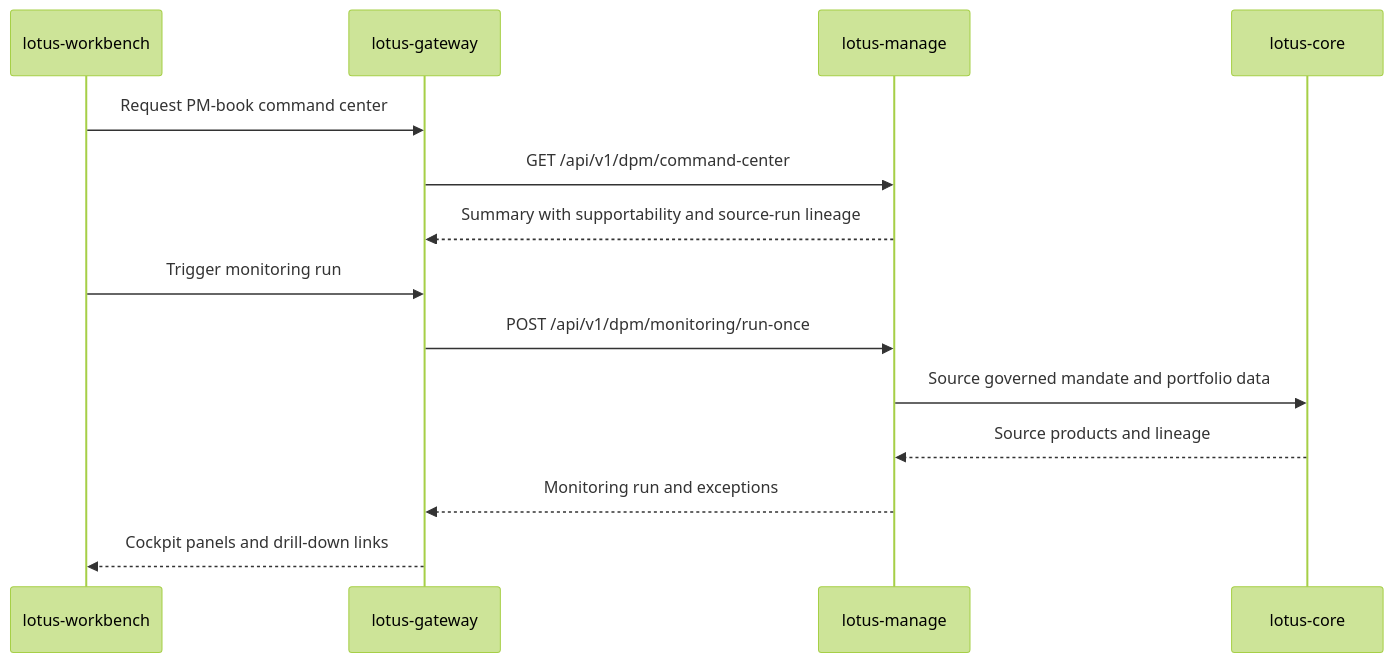
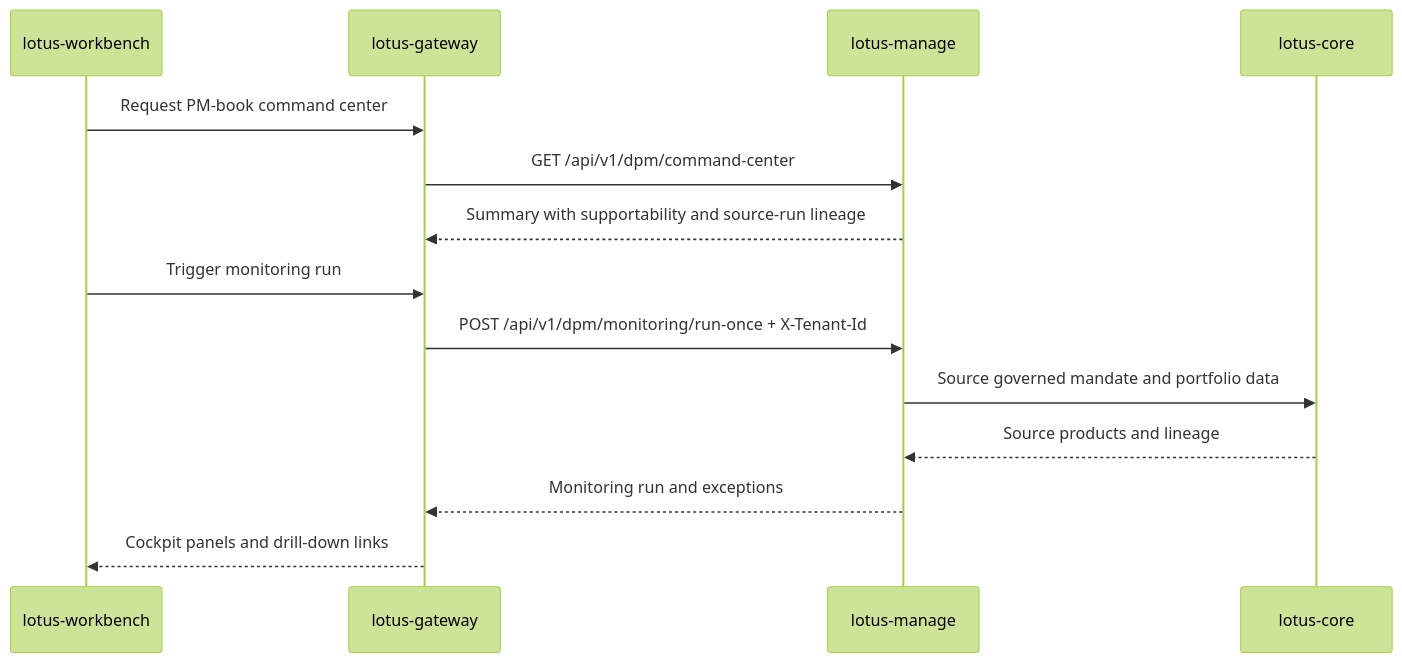
One commit to sgajbi/lotus-manage changed the fourth of 5 diagrams in wiki/Integrations.md. Above: the diagram before and after it, drawn with Mermaid (forest theme). The commit also changed other lines of this file and 30 other files, not shown here.

Commit message:
fix: bind monitoring run tenant admission

````diff
--- a/wiki/Integrations.md
+++ b/wiki/Integrations.md
@@ -268,17 +268,17 @@
 ```mermaid
 sequenceDiagram
     participant Workbench as lotus-workbench
     participant Gateway as lotus-gateway
     participant Manage as lotus-manage
     participant Core as lotus-core
 
     Workbench->>Gateway: Request PM-book command center
     Gateway->>Manage: GET /api/v1/dpm/command-center
     Manage-->>Gateway: Summary with supportability and source-run lineage
     Workbench->>Gateway: Trigger monitoring run
-    Gateway->>Manage: POST /api/v1/dpm/monitoring/run-once
+    Gateway->>Manage: POST /api/v1/dpm/monitoring/run-once + X-Tenant-Id
     Manage->>Core: Source governed mandate and portfolio data
     Core-->>Manage: Source products and lineage
     Manage-->>Gateway: Monitoring run and exceptions
     Gateway-->>Workbench: Cockpit panels and drill-down links
 ```
````
